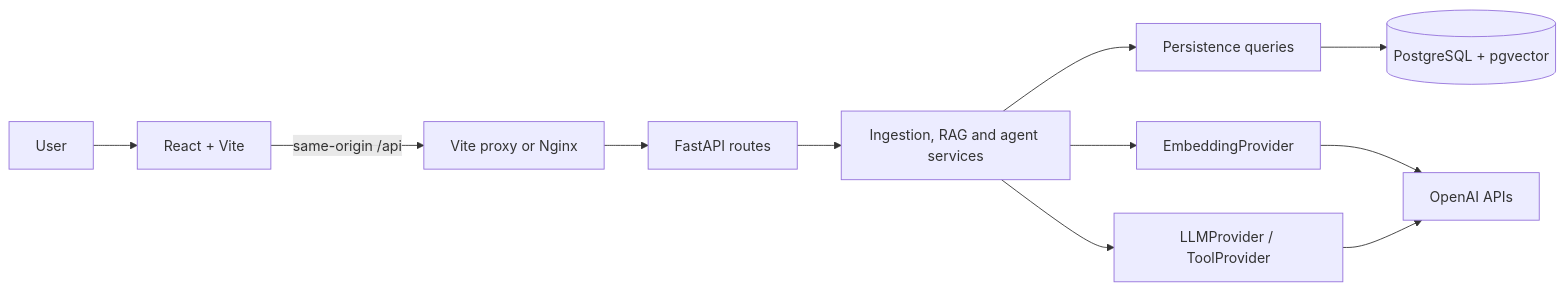
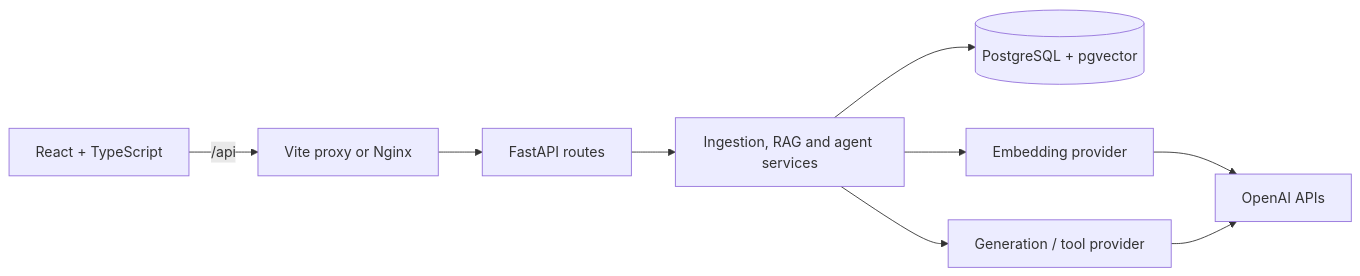
Before and after one commit to Derek376/DevDocs-AI: the diagram in README.md, drawn with Mermaid. The commit also changed other lines of this file, not shown here.

````diff
--- a/README.md
+++ b/README.md
@@ -110,13 +84,11 @@
 ```mermaid
 flowchart LR
-    U[User] --> UI[React + Vite]
-    UI -->|same-origin /api| P[Vite proxy or Nginx]
+    UI[React + TypeScript] -->|/api| P[Vite proxy or Nginx]
     P --> API[FastAPI routes]
     API --> S[Ingestion, RAG and agent services]
-    S --> R[Persistence queries]
-    R --> DB[(PostgreSQL + pgvector)]
-    S --> E[EmbeddingProvider]
-    S --> L[LLMProvider / ToolProvider]
+    S --> DB[(PostgreSQL + pgvector)]
+    S --> E[Embedding provider]
+    S --> L[Generation / tool provider]
     E --> O[OpenAI APIs]
     L --> O
 ```
````
